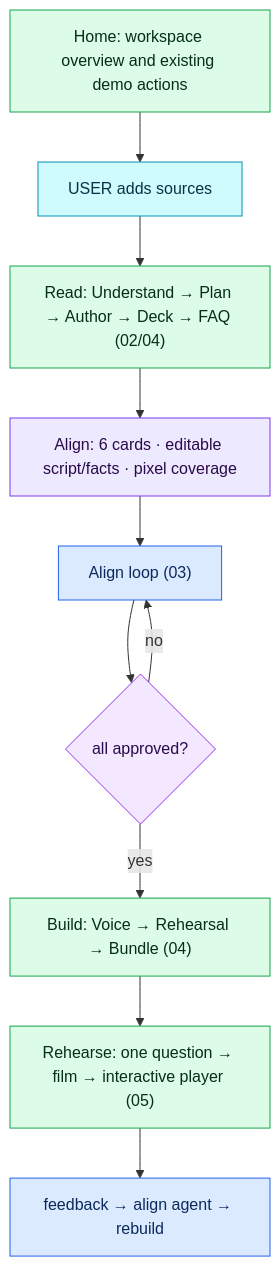
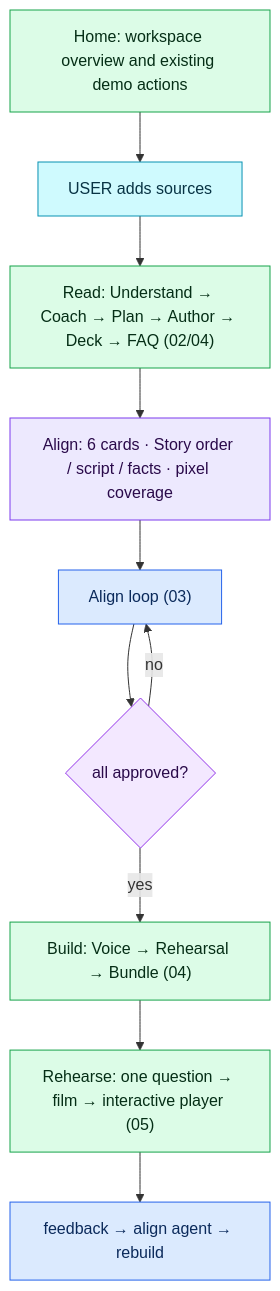
The diagram in docs/ARCHITECTURE_FLOW.md (APareek89/demo-studio), drawn with Mermaid before and after one commit. The commit also changed other lines of this file and 23 other files, not shown here.

Commit message:
WP1: Add the reviewed sales playbook and Story order controls

````diff
--- a/docs/ARCHITECTURE_FLOW.md
+++ b/docs/ARCHITECTURE_FLOW.md
@@ -71,13 +74,13 @@
 ```mermaid
 %% see docs/mermaid/01-master.mmd
 flowchart TD
   HOME["Home: workspace overview and existing demo actions"]:::fn --> U
-  U["USER adds sources"]:::ask --> READ["Read: Understand → Plan → Author → Deck → FAQ (02/04)"]:::fn --> CARDS["Align: 6 cards · editable script/facts · pixel coverage"]:::data --> ALIGN["Align loop (03)"]:::agent --> APPR{"all approved?"}:::dec
+  U["USER adds sources"]:::ask --> READ["Read: Understand → Coach → Plan → Author → Deck → FAQ (02/04)"]:::fn --> CARDS["Align: 6 cards · Story order / script / facts · pixel coverage"]:::data --> ALIGN["Align loop (03)"]:::agent --> APPR{"all approved?"}:::dec
   APPR -- "yes" --> BUILD["Build: Voice → Rehearsal → Bundle (04)"]:::fn --> PLAY["Rehearse: one question → film → interactive player (05)"]:::fn --> FB["feedback → align agent → rebuild"]:::agent
   APPR -- "no" --> ALIGN
   classDef agent fill:#dbeafe,stroke:#2563eb,color:#0b2a5b;
   classDef fn fill:#dcfce7,stroke:#16a34a,color:#052e16;
   classDef dec fill:#f3e8ff,stroke:#9333ea,color:#2a0a4a;
   classDef data fill:#ede9fe,stroke:#7c3aed,color:#2a0a4a;
   classDef ask fill:#cffafe,stroke:#0891b2,color:#083344;
 ```
````
